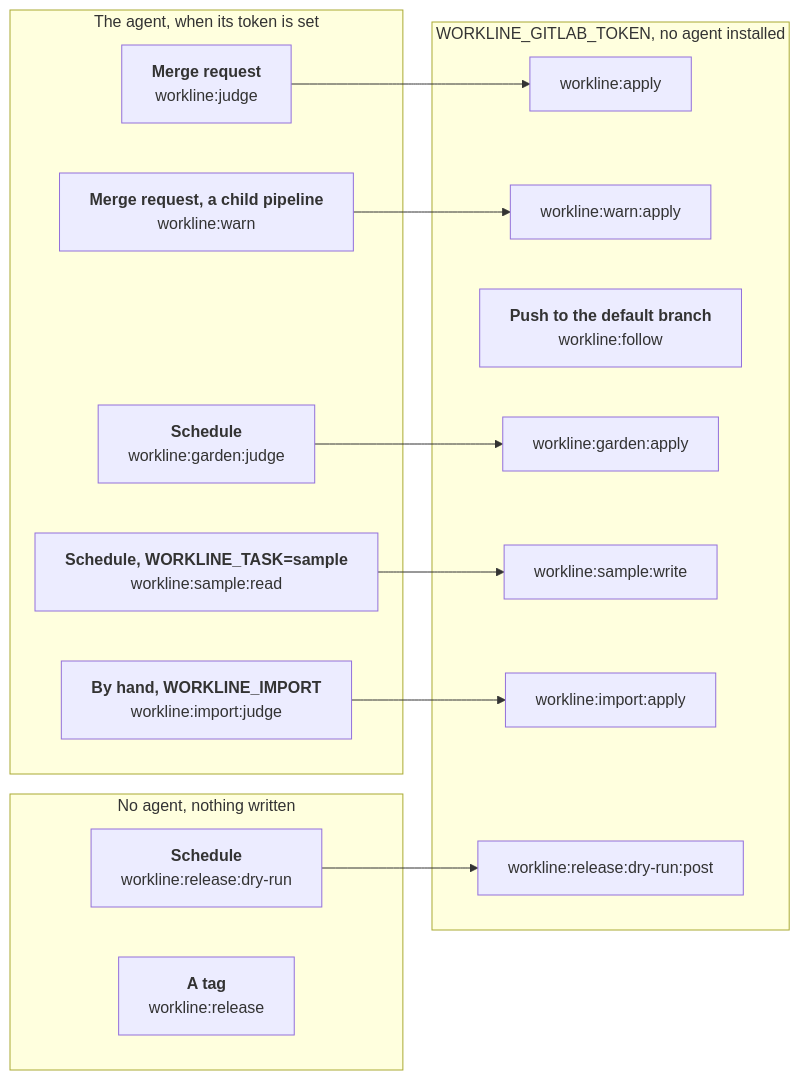
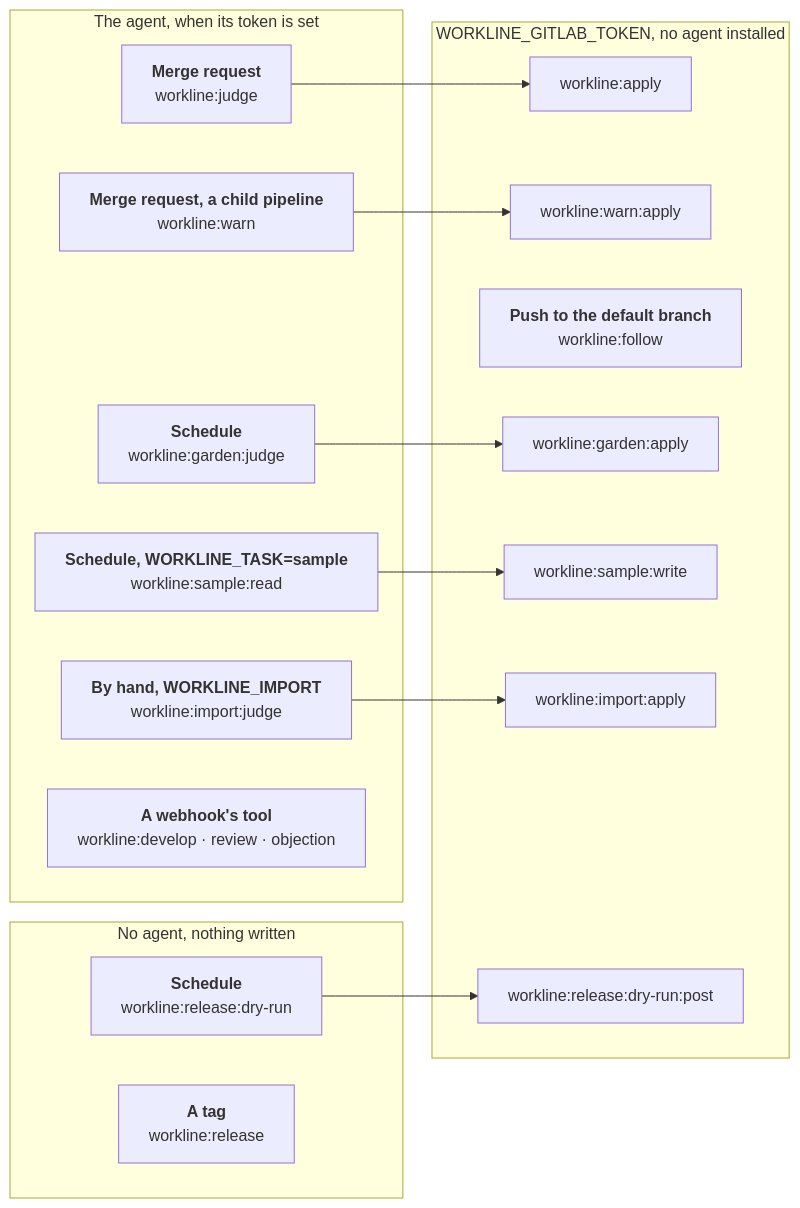
Before and after one commit to JN0V/workline: the diagram in docs/ci-gitlab.md, drawn with Mermaid. The commit also changed other lines of this file and 25 other files, not shown here.

````diff
--- a/docs/ci-gitlab.md
+++ b/docs/ci-gitlab.md
@@ -11,30 +11,31 @@
 ```mermaid
 %%{init: {"flowchart": {"wrappingWidth": 400}}}%%
 flowchart LR
   subgraph reads["The agent, when its token is set"]
     judge["<b>Merge request</b><br/>workline:judge"]
     warn["<b>Merge request, a child pipeline</b><br/>workline:warn"]
     garden["<b>Schedule</b><br/>workline:garden:judge"]
     sample["<b>Schedule, WORKLINE_TASK=sample</b><br/>workline:sample:read"]
     import["<b>By hand, WORKLINE_IMPORT</b><br/>workline:import:judge"]
+    hook["<b>A webhook's tool</b><br/>workline:develop · review · objection"]
   end
   subgraph none["No agent, nothing written"]
     dry["<b>Schedule</b><br/>workline:release:dry-run"]
     rel["<b>A tag</b><br/>workline:release"]
   end
   subgraph writes["WORKLINE_GITLAB_TOKEN, no agent installed"]
     apply["workline:apply"]
     wapply["workline:warn:apply"]
     follow["<b>Push to the default branch</b><br/>workline:follow"]
     gapply["workline:garden:apply"]
     swrite["workline:sample:write"]
     iapply["workline:import:apply"]
     dpost["workline:release:dry-run:post"]
   end
   judge --> apply
   warn --> wapply
   garden --> gapply
   sample --> swrite
   import --> iapply
   dry --> dpost
 ```
````
